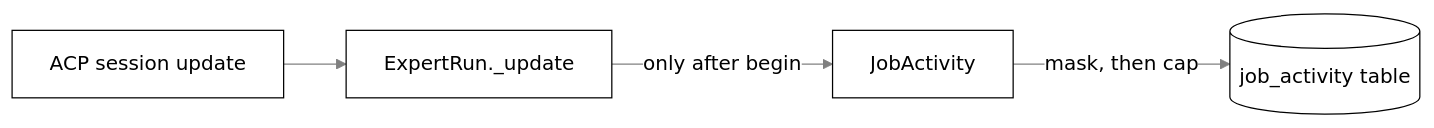
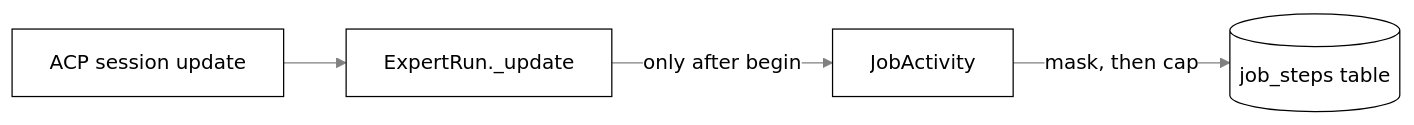
Before and after one commit to nadeem4/tagalong: the fifth of 10 diagrams in docs/brain.md, drawn with Mermaid. The commit also changed other lines of this file and 4 other files, not shown here.

Commit message:
docs(brain): job steps, resume after restart and work_status (S2b)

````diff
--- a/docs/brain.md
+++ b/docs/brain.md
@@ -986,7 +988,7 @@
 ```mermaid
 %%{init: {"theme": "base", "themeVariables": {"primaryColor": "#ffffff", "primaryTextColor": "#000000", "primaryBorderColor": "#000000", "lineColor": "#808080", "arrowheadColor": "#808080", "secondaryColor": "#f2f2f2", "tertiaryColor": "#ffffff", "clusterBkg": "#f7f7f7", "clusterBorder": "#808080", "edgeLabelBackground": "#ffffff", "titleColor": "#808080", "actorBkg": "#ffffff", "actorBorder": "#000000", "actorTextColor": "#000000", "actorLineColor": "#808080", "signalColor": "#808080", "signalTextColor": "#808080", "sequenceNumberColor": "#ffffff", "labelBoxBkgColor": "#ffffff", "labelBoxBorderColor": "#808080", "labelTextColor": "#000000", "loopTextColor": "#808080", "noteBkgColor": "#f7f7f7", "noteBorderColor": "#808080", "noteTextColor": "#000000", "activationBkgColor": "#f7f7f7", "activationBorderColor": "#808080", "fontFamily": "Segoe UI, Helvetica, Arial, sans-serif"}}}%%
 flowchart LR
     A[ACP session update] --> B[ExpertRun._update]
     B -->|only after begin| C[JobActivity]
-    C -->|mask, then cap| D[(job_activity table)]
+    C -->|mask, then cap| D[(job_steps table)]
 ```
````
